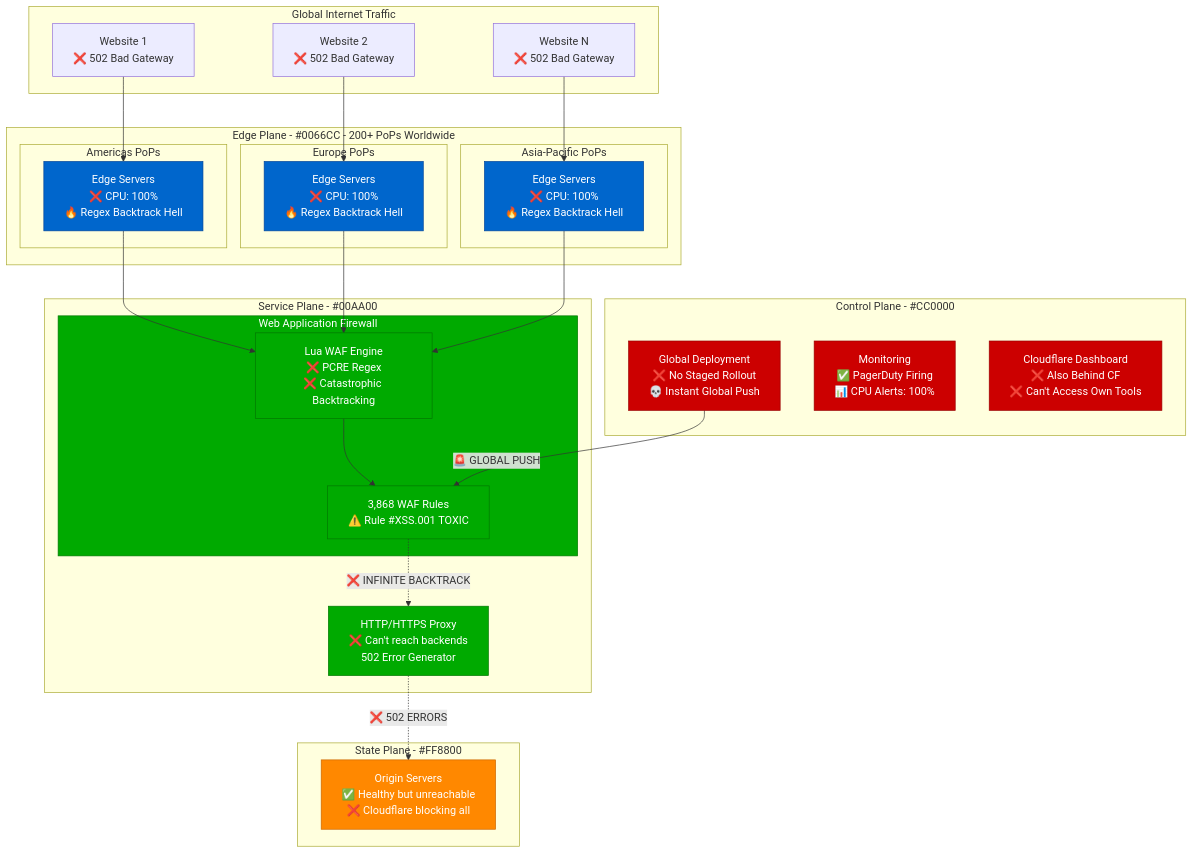
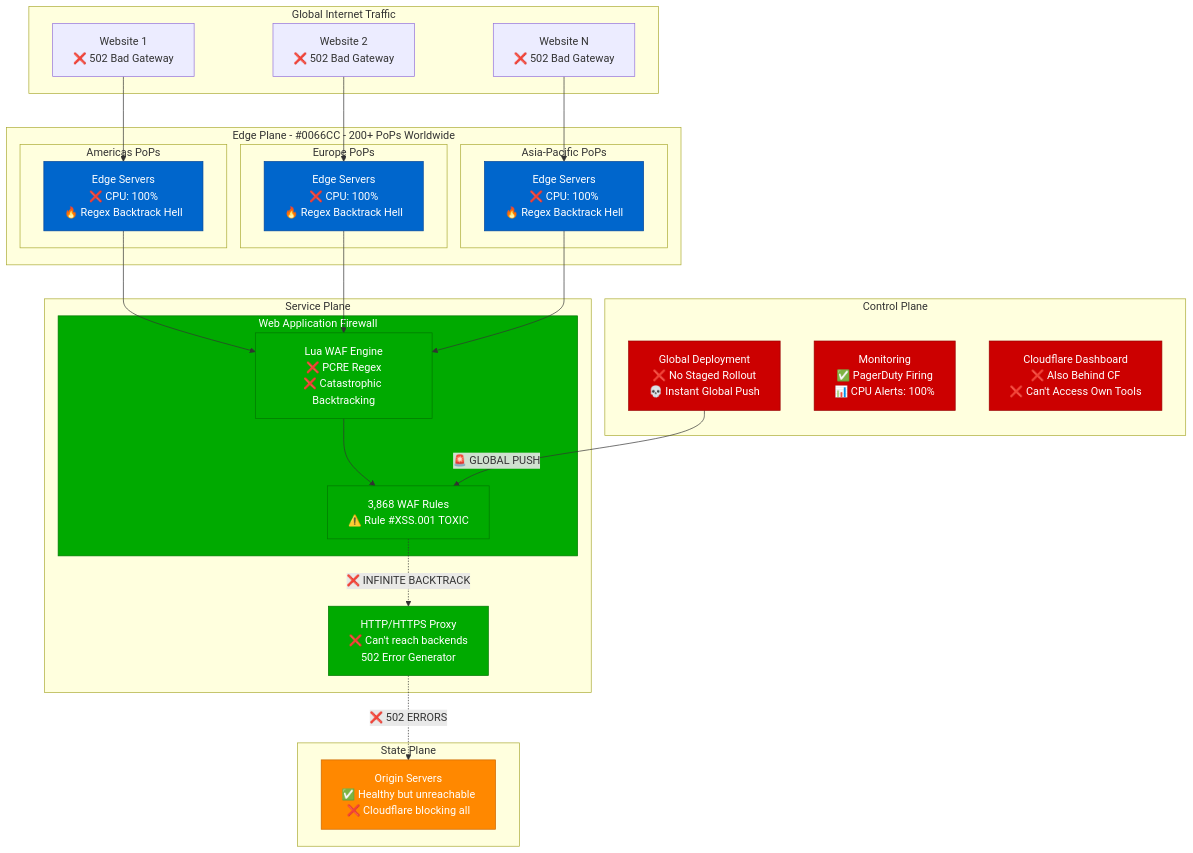
Before and after one commit to deepaucksharma/DS: the second of 16 diagrams in site/docs/incidents/cloudflare-july-2-2019-regex-disaster.md, drawn with Mermaid. The commit also changed 169 other files, not shown here.

````diff
--- a/site/docs/incidents/cloudflare-july-2-2019-regex-disaster.md
+++ b/site/docs/incidents/cloudflare-july-2-2019-regex-disaster.md
@@ -44,65 +44,65 @@
 ```mermaid
 graph TB
     subgraph Internet[Global Internet Traffic]
         WEB1[Website 1<br/>❌ 502 Bad Gateway]
         WEB2[Website 2<br/>❌ 502 Bad Gateway]
         WEB3[Website N<br/>❌ 502 Bad Gateway]
     end
 
     subgraph EdgePlane[Edge Plane - #0066CC - 200+ PoPs Worldwide]
         subgraph Americas[Americas PoPs]
             EDGE_US[Edge Servers<br/>❌ CPU: 100%<br/>🔥 Regex Backtrack Hell]
         end
         subgraph Europe[Europe PoPs]
             EDGE_EU[Edge Servers<br/>❌ CPU: 100%<br/>🔥 Regex Backtrack Hell]
         end
         subgraph APAC[Asia-Pacific PoPs]
             EDGE_AP[Edge Servers<br/>❌ CPU: 100%<br/>🔥 Regex Backtrack Hell]
         end
     end
 
-    subgraph ServicePlane[Service Plane - #00AA00]
+    subgraph ServicePlane["Service Plane"]
         subgraph WAF[Web Application Firewall]
             LUA[Lua WAF Engine<br/>❌ PCRE Regex<br/>❌ Catastrophic Backtracking]
             RULES[3,868 WAF Rules<br/>⚠️ Rule #XSS.001 TOXIC]
         end
 
         PROXY[HTTP/HTTPS Proxy<br/>❌ Can't reach backends<br/>502 Error Generator]
     end
 
-    subgraph StatePlane[State Plane - #FF8800]
+    subgraph StatePlane["State Plane"]
         BACKENDS[Origin Servers<br/>✅ Healthy but unreachable<br/>❌ Cloudflare blocking all]
     end
 
-    subgraph ControlPlane[Control Plane - #CC0000]
+    subgraph ControlPlane["Control Plane"]
         DEPLOY[Global Deployment<br/>❌ No Staged Rollout<br/>💀 Instant Global Push]
         MON[Monitoring<br/>✅ PagerDuty Firing<br/>📊 CPU Alerts: 100%]
         DASH[Cloudflare Dashboard<br/>❌ Also Behind CF<br/>❌ Can't Access Own Tools]
     end
 
     %% Traffic flow during incident
     WEB1 --> EDGE_US
     WEB2 --> EDGE_EU
     WEB3 --> EDGE_AP
 
     EDGE_US --> LUA
     EDGE_EU --> LUA
     EDGE_AP --> LUA
 
     LUA --> RULES
     RULES -.->|❌ INFINITE BACKTRACK| PROXY
     PROXY -.->|❌ 502 ERRORS| BACKENDS
 
     DEPLOY -->|🚨 GLOBAL PUSH| RULES
 
     %% Apply four-plane colors
     classDef edgeStyle fill:#0066CC,stroke:#004499,color:#fff
     classDef serviceStyle fill:#00AA00,stroke:#007700,color:#fff
     classDef stateStyle fill:#FF8800,stroke:#CC6600,color:#fff
     classDef controlStyle fill:#CC0000,stroke:#990000,color:#fff
 
     class EDGE_US,EDGE_EU,EDGE_AP edgeStyle
     class LUA,RULES,PROXY,WAF serviceStyle
     class BACKENDS stateStyle
     class DEPLOY,MON,DASH controlStyle
 ```
````
